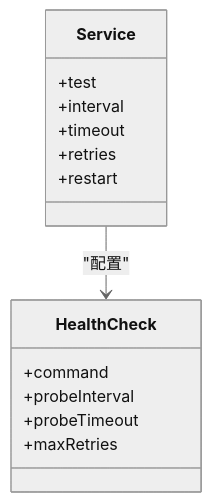
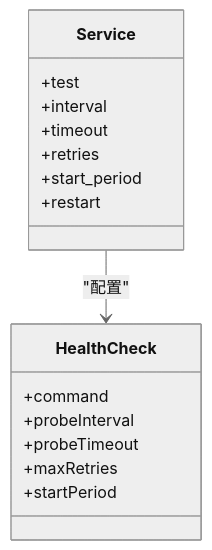
Before and after one commit to Will0253/zczk: the seventh of 8 diagrams in .qoder/repowiki/zh/content/部署和运维/监控运维/健康检查机制.md, drawn with Mermaid (neutral theme). The commit also changed other lines of this file and 13 other files, not shown here.

````diff
--- a/.qoder/repowiki/zh/content/部署和运维/监控运维/健康检查机制.md
+++ b/.qoder/repowiki/zh/content/部署和运维/监控运维/健康检查机制.md
@@ -233,17 +289,19 @@
 ```mermaid
 classDiagram
 class Service {
 +test
 +interval
 +timeout
 +retries
++start_period
 +restart
 }
 class HealthCheck {
 +command
 +probeInterval
 +probeTimeout
 +maxRetries
++startPeriod
 }
 Service --> HealthCheck : "配置"
 ```
````
